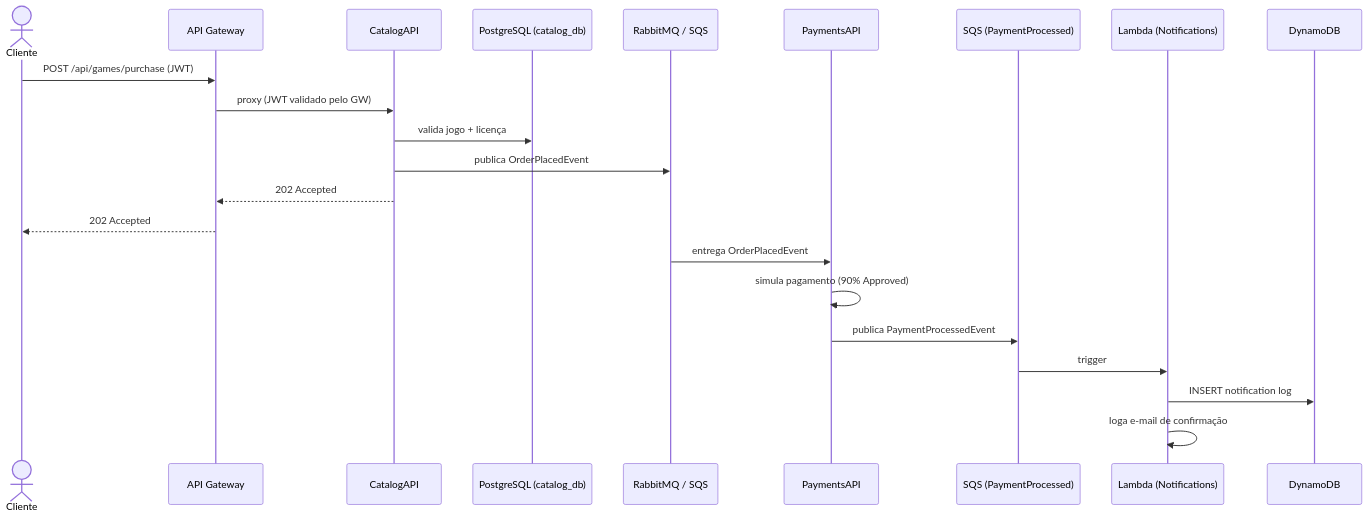
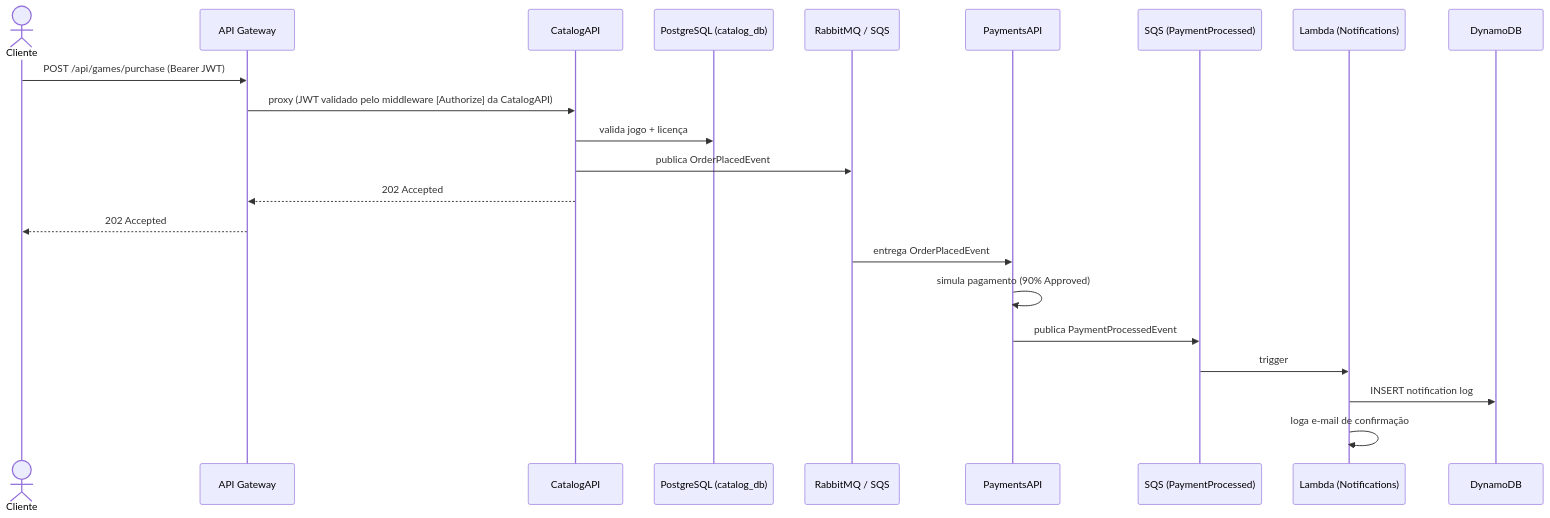
The second of 2 diagrams in README.md (heroshg/Orchestration), drawn with Mermaid before and after one commit. The commit also changed other lines of this file and 141 other files, not shown here.

Commit message:
feat: Criando infra local com localstack, ajustando JWT no API Gateway, datadog

````diff
--- a/README.md
+++ b/README.md
@@ -155,27 +158,27 @@
 ```mermaid
 sequenceDiagram
     actor Cliente
     participant GW as API Gateway
     participant CA as CatalogAPI
     participant DB2 as PostgreSQL (catalog_db)
     participant RMQ as RabbitMQ / SQS
     participant PA as PaymentsAPI
     participant SQS as SQS (PaymentProcessed)
     participant L as Lambda (Notifications)
     participant DDB as DynamoDB
 
-    Cliente->>GW: POST /api/games/purchase (JWT)
-    GW->>CA: proxy (JWT validado pelo GW)
+    Cliente->>GW: POST /api/games/purchase (Bearer JWT)
+    GW->>CA: proxy (JWT validado pelo middleware [Authorize] da CatalogAPI)
     CA->>DB2: valida jogo + licença
     CA->>RMQ: publica OrderPlacedEvent
     CA-->>GW: 202 Accepted
     GW-->>Cliente: 202 Accepted
 
     RMQ->>PA: entrega OrderPlacedEvent
     PA->>PA: simula pagamento (90% Approved)
     PA->>SQS: publica PaymentProcessedEvent
 
     SQS->>L: trigger
     L->>DDB: INSERT notification log
     L->>L: loga e-mail de confirmação
 ```
````
